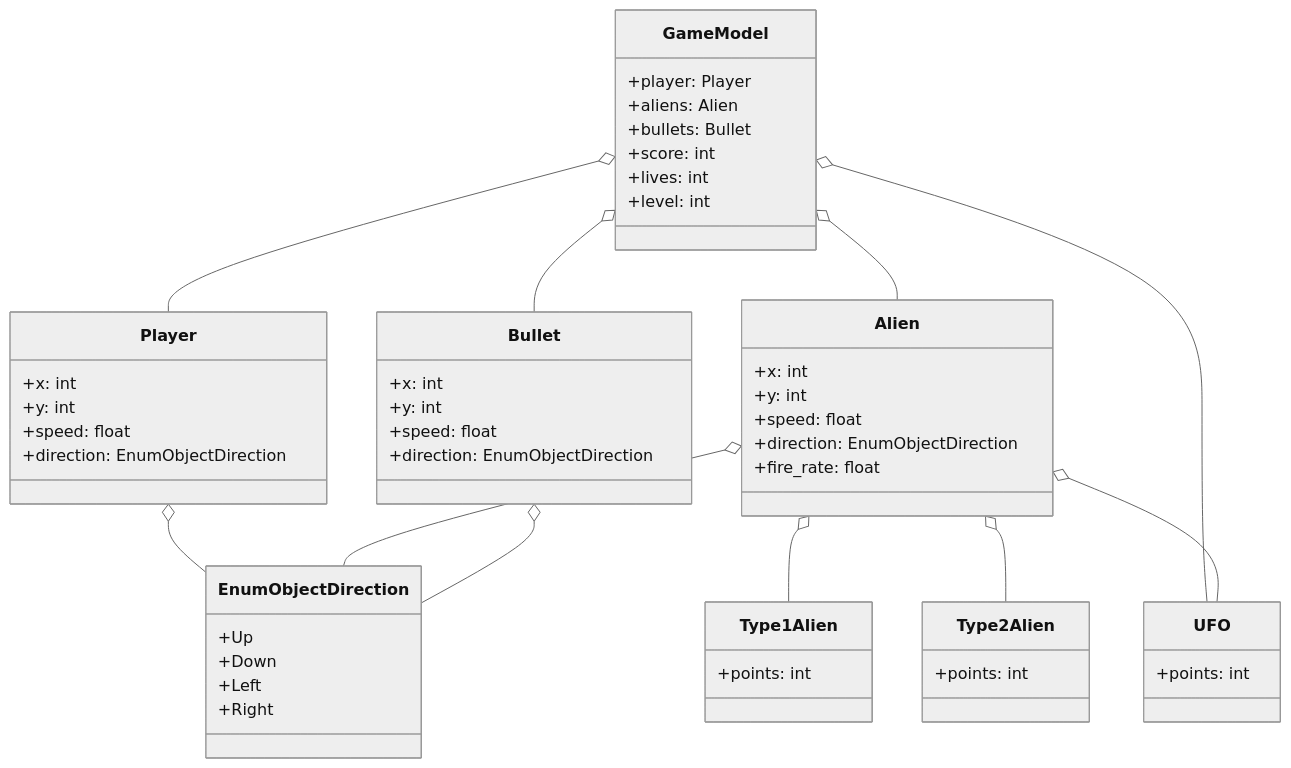
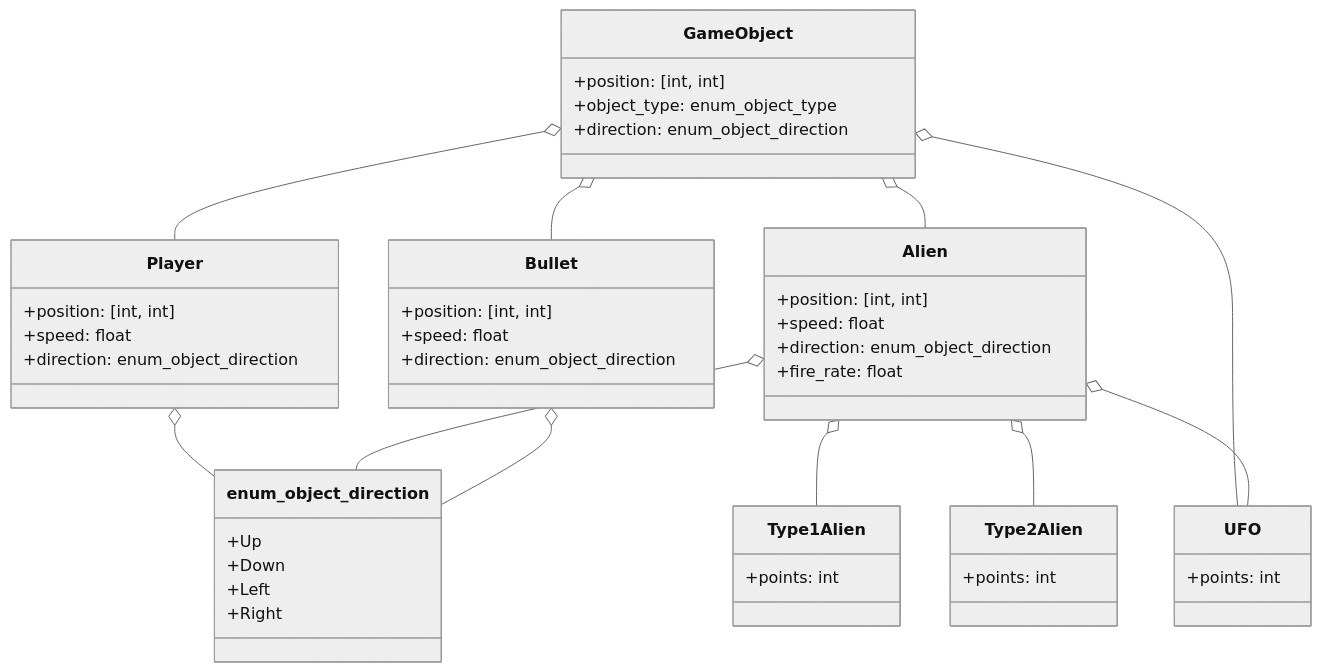
Before and after one commit to Austriss/Space-Invaders-Austris: the diagram in UML/model.md, drawn with Mermaid (neutral theme). The commit also changed 13 other files, not shown here.

````diff
--- a/UML/model.md
+++ b/UML/model.md
@@ -1,66 +1,60 @@
 ```mermaid
 classDiagram
-    class GameModel {
-        +player: Player
-        +aliens: Alien
-        +bullets: Bullet
-        +score: int
-        +lives: int
-        +level: int
+    class GameObject {
+        +position: [int, int]
+        +object_type: enum_object_type
+        +direction: enum_object_direction
     }
 
     class Player {
-        +x: int
-        +y: int
+        +position: [int, int]
         +speed: float
-        +direction: EnumObjectDirection
+        +direction: enum_object_direction
     }
 
     class Alien {
-        +x: int
-        +y: int
+        +position: [int, int]
         +speed: float
-        +direction: EnumObjectDirection
+        +direction: enum_object_direction
         +fire_rate: float
     }
 
     class Type1Alien {
         +points: int
     }
     class Type2Alien {
         +points: int
 
     }
 
     class UFO {
     	+points: int
     }
 
     class Bullet {
-        +x: int
-        +y: int
+        +position: [int, int]
         +speed: float
-        +direction: EnumObjectDirection
+        +direction: enum_object_direction
     }
 
-    class EnumObjectDirection {
+    class enum_object_direction {
         +Up
         +Down
         +Left
         +Right
     }
 
-    GameModel o-- Player 
-    GameModel o-- Alien 
-    GameModel o-- Bullet 
-    GameModel o-- UFO 
+    GameObject o-- Player 
+    GameObject o-- Alien 
+    GameObject o-- Bullet 
+    GameObject o-- UFO 
     
     Alien o-- Type1Alien
     Alien o-- Type2Alien
     Alien o-- UFO
     
 
-    Player o-- EnumObjectDirection 
-    Alien o-- EnumObjectDirection 
-    Bullet o-- EnumObjectDirection 
+    Player o-- enum_object_direction 
+    Alien o-- enum_object_direction 
+    Bullet o-- enum_object_direction 
 ```
````
